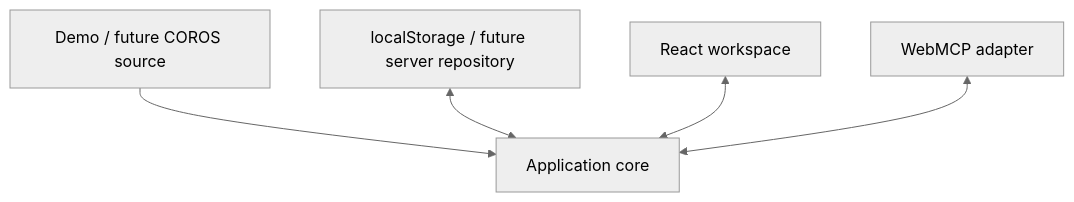
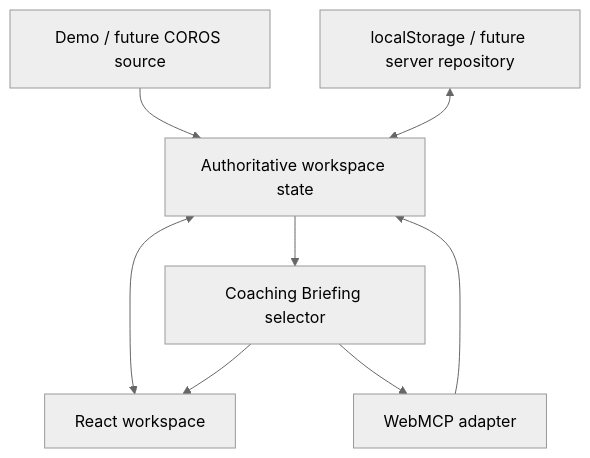
The diagram in docs/implementation-and-verification-architecture.md (crong12/your-last-coach), drawn with Mermaid (neutral theme) before and after one commit. The commit also changed other lines of this file and 4 other files, not shown here.

````diff
--- a/docs/implementation-and-verification-architecture.md
+++ b/docs/implementation-and-verification-architecture.md
@@ -49,7 +53,10 @@
 ```mermaid
 flowchart TD
-    S["Demo / future COROS source"] --> A["Application core"]
+    S["Demo / future COROS source"] --> A["Authoritative workspace state"]
     R["localStorage / future server repository"] <--> A
-    U["React workspace"] <--> A
-    W["WebMCP adapter"] <--> A
+    A --> B["Coaching Briefing selector"]
+    A <--> U["React workspace"]
+    B --> U
+    B --> W["WebMCP adapter"]
+    W --> A
 ```
````
